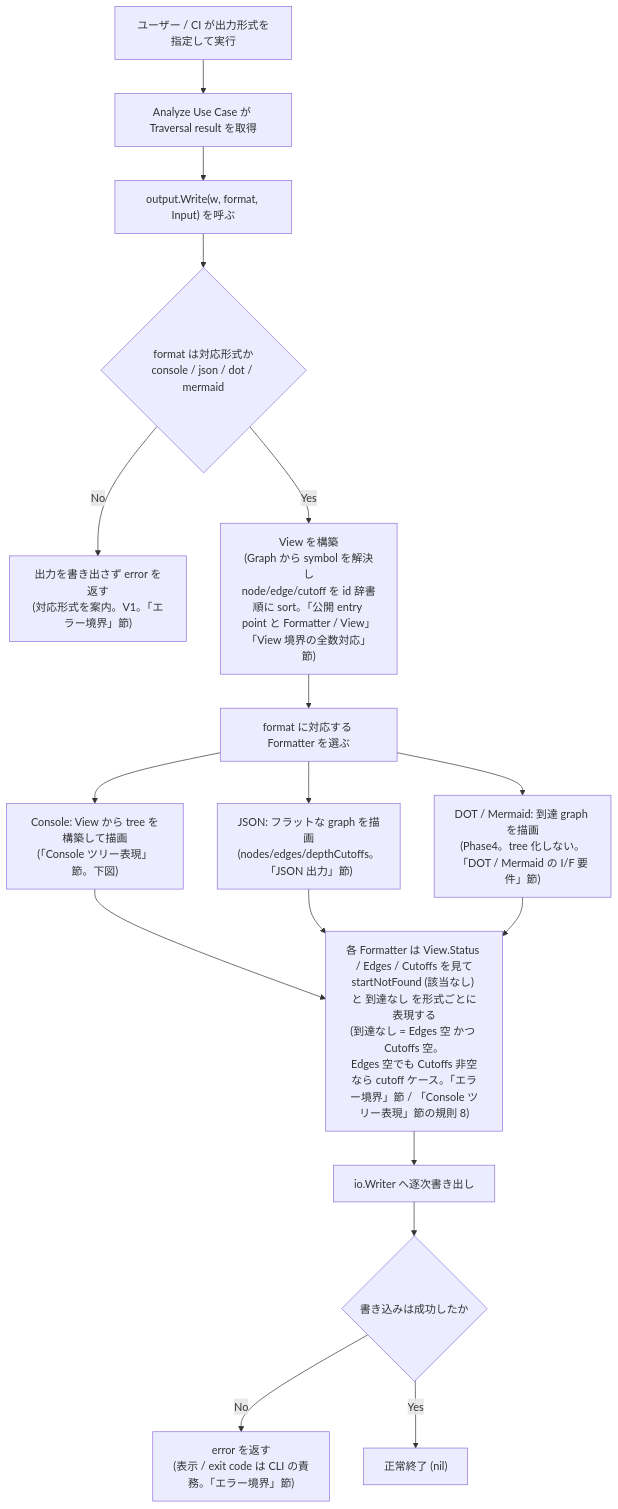
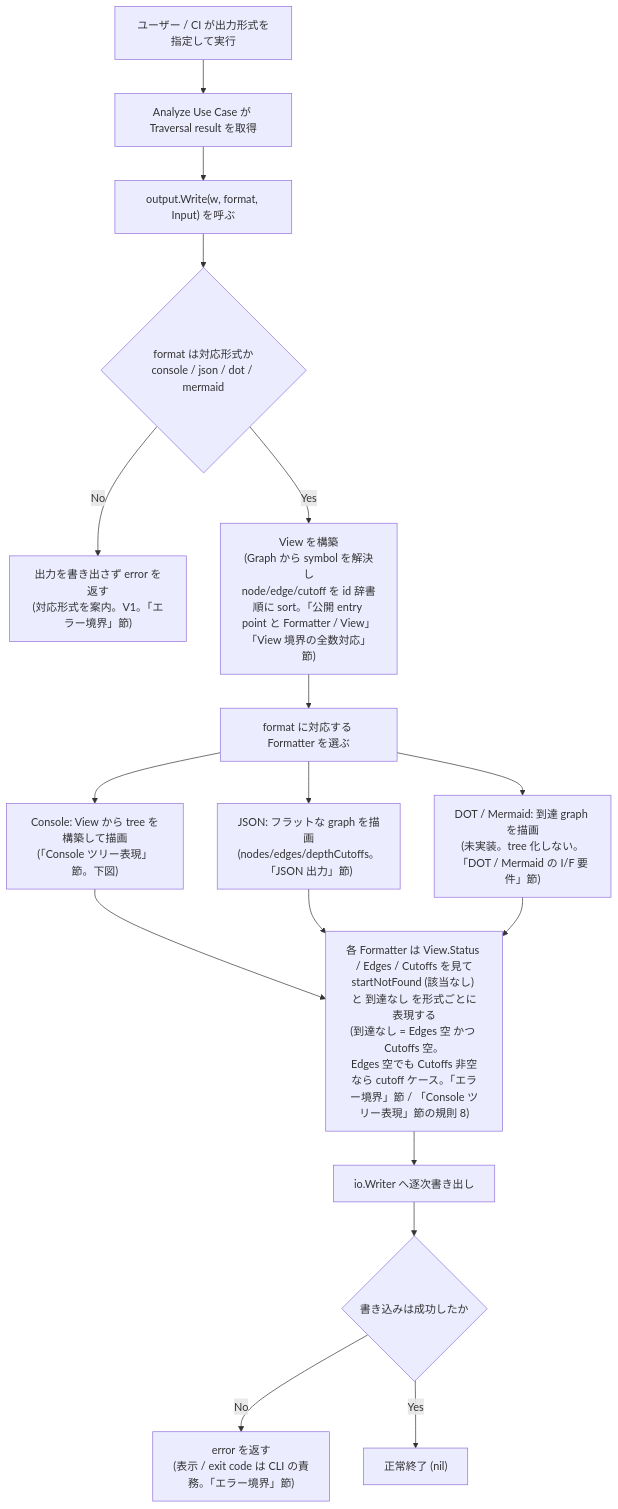
The second of 4 diagrams in design/features/output/DesignDoc_output.md (Fukuemon/depwalk), drawn with Mermaid before and after one commit. The commit also changed other lines of this file and 2 other files, not shown here.

First line of the commit message:
docs: graph / output / cli を突き合わせ ADR-0009 を適用する #40

````diff
--- a/design/features/output/DesignDoc_output.md
+++ b/design/features/output/DesignDoc_output.md
@@ -314,19 +303,19 @@
 ```mermaid
 flowchart TD
     A["ユーザー / CI が出力形式を指定して実行"] --> B["Analyze Use Case が Traversal result を取得"]
     B --> C["output.Write(w, format, Input) を呼ぶ"]
     C --> D{"format は対応形式か<br/>console / json / dot / mermaid"}
     D -- "No" --> E["出力を書き出さず error を返す<br/>(対応形式を案内。V1。「エラー境界」節)"]
     D -- "Yes" --> F["View を構築<br/>(Graph から symbol を解決し<br/>node/edge/cutoff を id 辞書順に sort。「公開 entry point と Formatter / View」「View 境界の全数対応」節)"]
     F --> G["format に対応する Formatter を選ぶ"]
     G --> H["Console: View から tree を構築して描画<br/>(「Console ツリー表現」節。下図)"]
     G --> I["JSON: フラットな graph を描画<br/>(nodes/edges/depthCutoffs。「JSON 出力」節)"]
-    G --> J["DOT / Mermaid: 到達 graph を描画<br/>(Phase4。tree 化しない。「DOT / Mermaid の I/F 要件」節)"]
+    G --> J["DOT / Mermaid: 到達 graph を描画<br/>(未実装。tree 化しない。「DOT / Mermaid の I/F 要件」節)"]
     H --> K["各 Formatter は View.Status / Edges / Cutoffs を見て<br/>startNotFound (該当なし) と 到達なし を形式ごとに表現する<br/>(到達なし = Edges 空 かつ Cutoffs 空。<br/>Edges 空でも Cutoffs 非空なら cutoff ケース。「エラー境界」節 / 「Console ツリー表現」節の規則 8)"]
     I --> K
     J --> K
     K --> L["io.Writer へ逐次書き出し"]
     L --> M{"書き込みは成功したか"}
     M -- "No" --> N["error を返す<br/>(表示 / exit code は CLI の責務。「エラー境界」節)"]
     M -- "Yes" --> O["正常終了 (nil)"]
 ```
````
